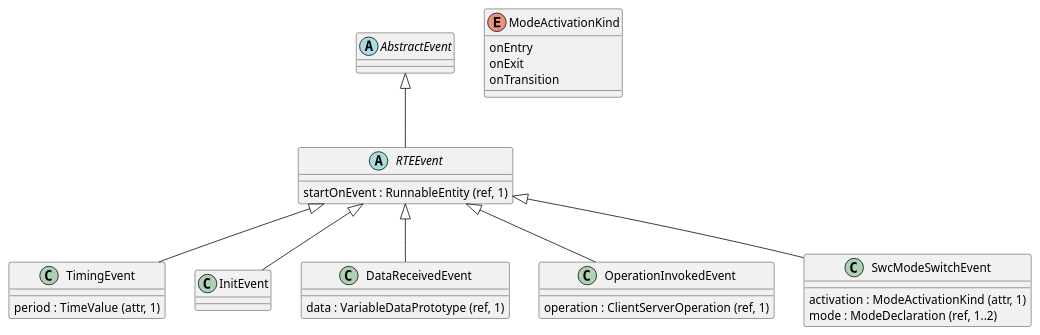
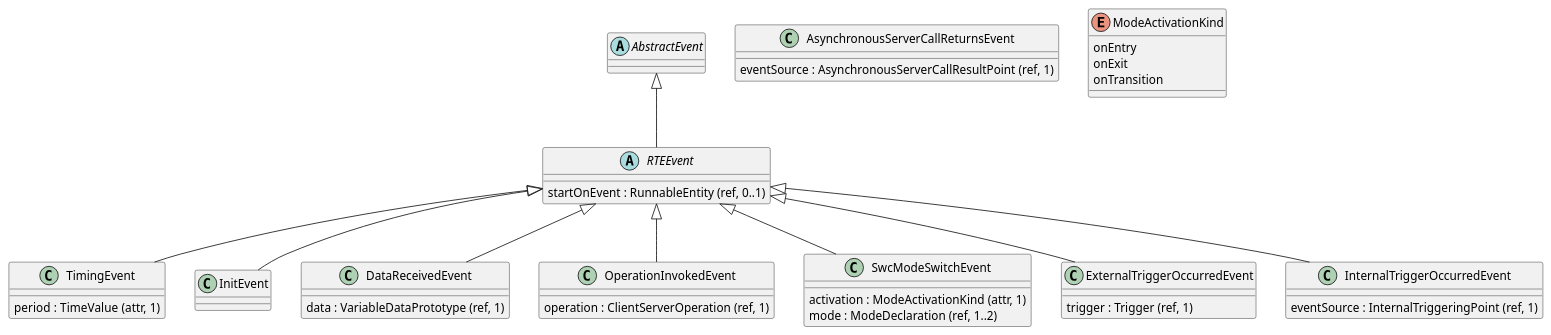
Before and after one commit to hazemanwer2000/knowledge-base: diagram 15 of 18 in vault-base/Topics/Technical-Topics/OS/AUTOSAR/General/AUTOSAR-SW-Components.md, drawn with PlantUML. The commit also changed other lines of this file and 1 other file, not shown here.

````diff
--- a/vault-base/Topics/Technical-Topics/OS/AUTOSAR/General/AUTOSAR-SW-Components.md
+++ b/vault-base/Topics/Technical-Topics/OS/AUTOSAR/General/AUTOSAR-SW-Components.md
@@ -258,31 +257,42 @@
 ```plantuml
 abstract AbstractEvent
 abstract RTEEvent {
-	startOnEvent : RunnableEntity (ref, 1)
+	startOnEvent : RunnableEntity (ref, 0..1)
 }
 class TimingEvent {
 	period : TimeValue (attr, 1)
 }
 class InitEvent
 class DataReceivedEvent {
 	data : VariableDataPrototype (ref, 1)
 }
 class OperationInvokedEvent {
 	operation : ClientServerOperation (ref, 1)
 }
+class AsynchronousServerCallReturnsEvent {
+	eventSource : AsynchronousServerCallResultPoint (ref, 1)
+}
 class SwcModeSwitchEvent {
 	activation : ModeActivationKind (attr, 1)
 	mode : ModeDeclaration (ref, 1..2)
+}
+class ExternalTriggerOccurredEvent {
+	trigger : Trigger (ref, 1)
+}
+class InternalTriggerOccurredEvent {
+	eventSource : InternalTriggeringPoint (ref, 1)
 }
 enum ModeActivationKind {
 	onEntry
 	onExit
 	onTransition
 }
 AbstractEvent <|-- RTEEvent
 RTEEvent <|-- TimingEvent
 RTEEvent <|-- InitEvent
 RTEEvent <|-- DataReceivedEvent
 RTEEvent <|-- OperationInvokedEvent
 RTEEvent <|-- SwcModeSwitchEvent
+RTEEvent <|-- ExternalTriggerOccurredEvent
+RTEEvent <|-- InternalTriggerOccurredEvent
 ```
````
